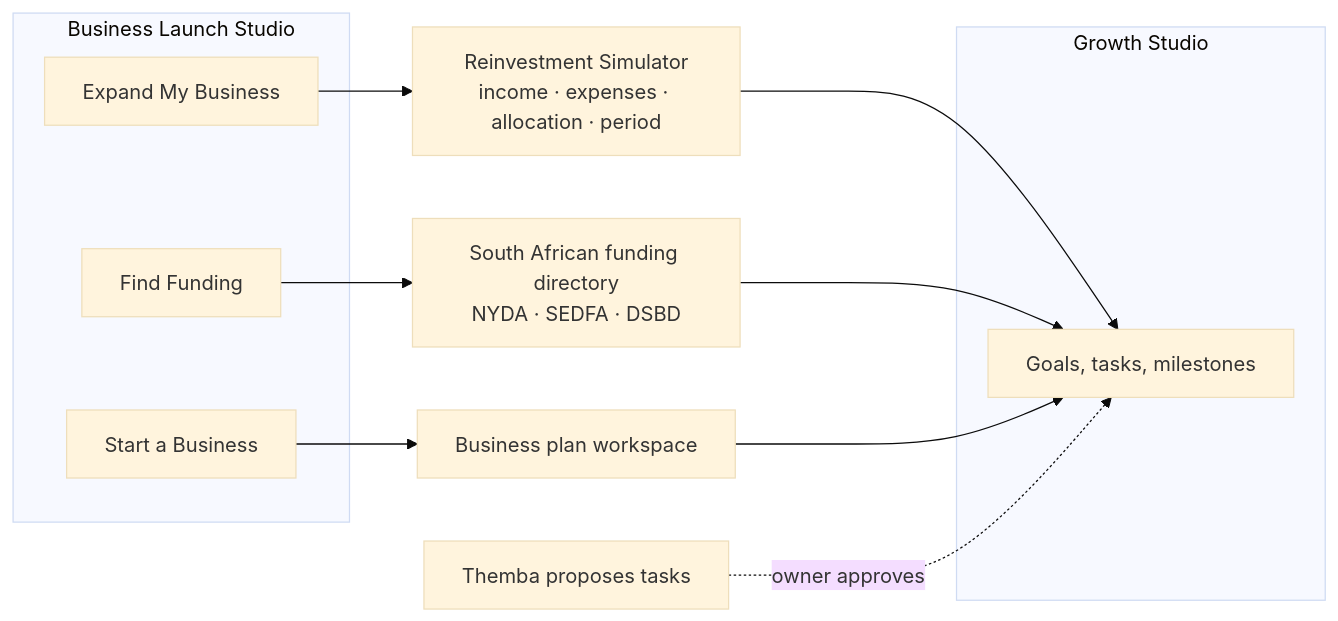
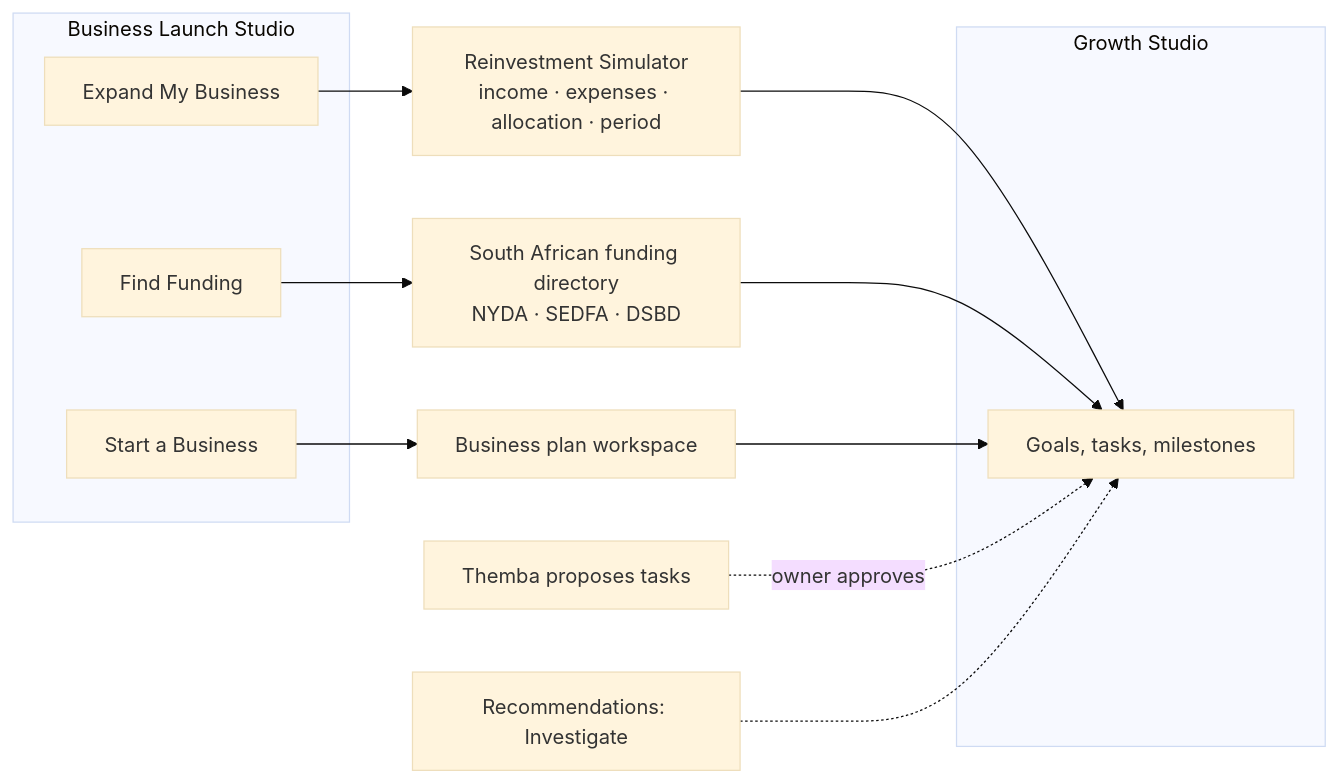
Before and after one commit to vna-07/scribe-app: the eighth of 11 diagrams in README.md, drawn with Mermaid (base theme). The commit also changed other lines of this file, not shown here.

````diff
--- a/README.md
+++ b/README.md
@@ -511,18 +661,19 @@
 ```mermaid
 flowchart LR
     subgraph Launch["Business Launch Studio"]
         S1["Start a Business"]
         S2["Expand My Business"]
         S3["Find Funding"]
     end
     S2 --> SIM["Reinvestment Simulator<br/>income · expenses · allocation · period"]
     S3 --> DIR["South African funding directory<br/>NYDA · SEDFA · DSBD"]
     S1 --> PLAN["Business plan workspace"]
     SIM --> TASKS
     DIR --> TASKS
     PLAN --> TASKS
     subgraph Growth["Growth Studio"]
         TASKS["Goals, tasks, milestones"]
     end
     TH["Themba proposes tasks"] -. "owner approves" .-> TASKS
+    REC["Recommendations: Investigate"] -.-> TASKS
 ```
````
